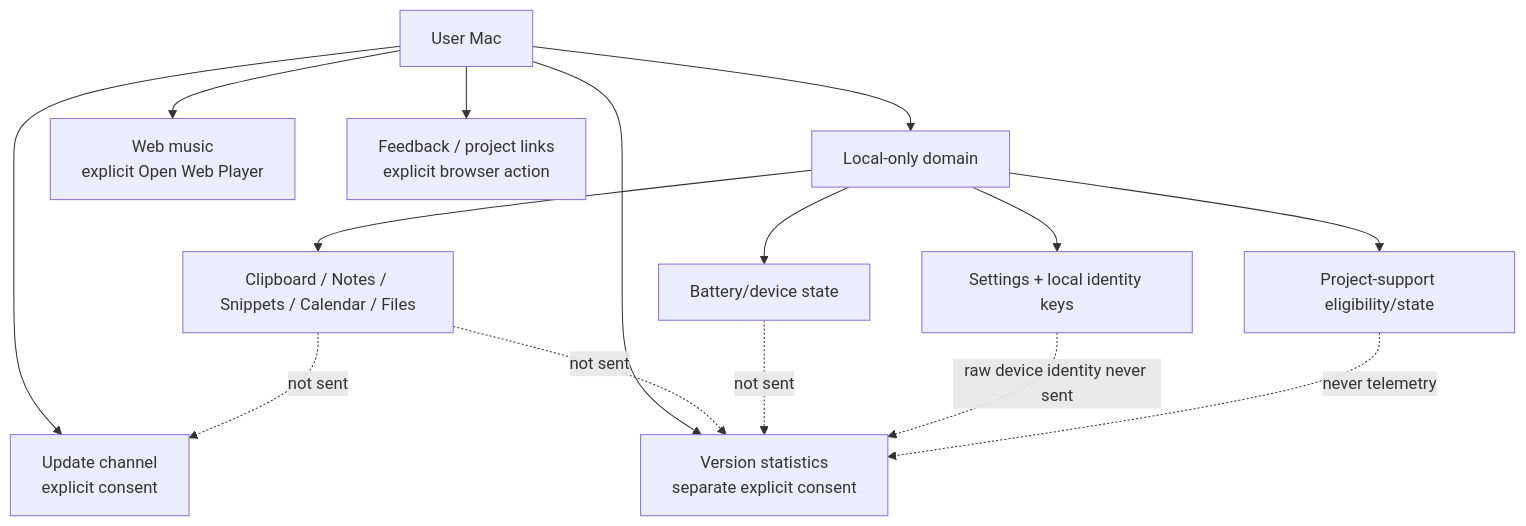
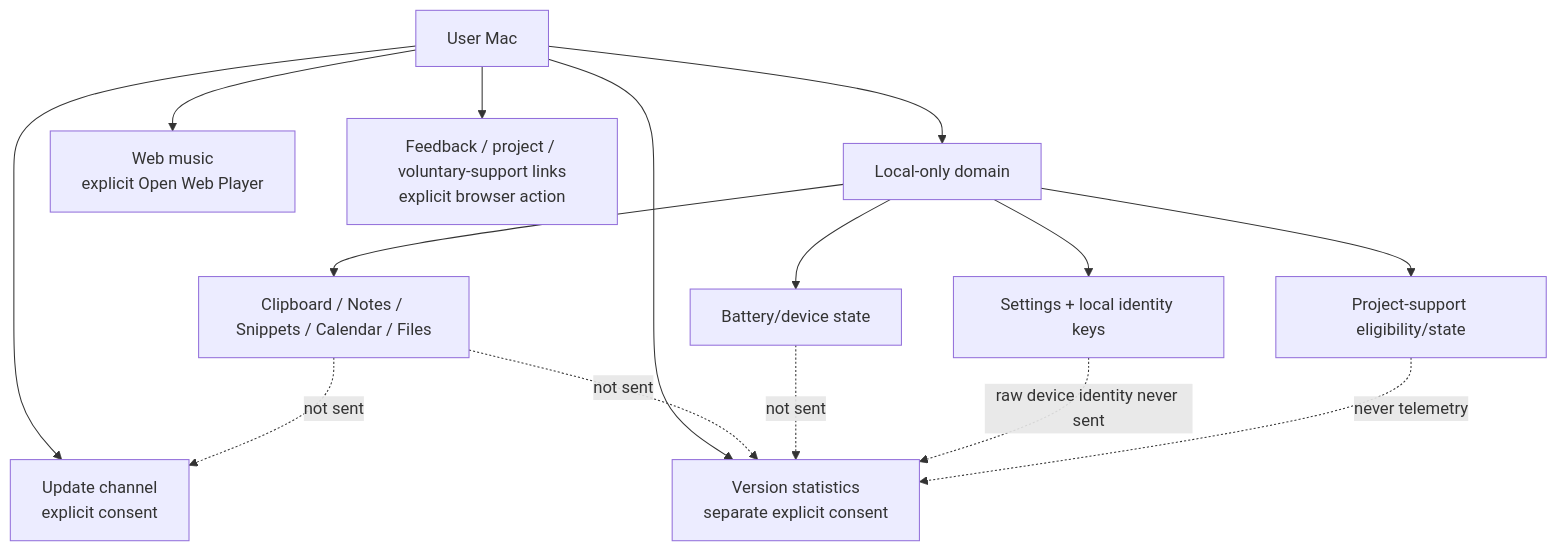
One commit to TumanovNV/impuls changed the diagram in knowledge-base/06-security/privacy-boundaries.md. Above: the diagram before and after it, drawn with Mermaid. The commit also changed other lines of this file and 46 other files, not shown here.

First line of the commit message:
1.4.16: Add voluntary project support links (IMP-33) (#118)

````diff
--- a/knowledge-base/06-security/privacy-boundaries.md
+++ b/knowledge-base/06-security/privacy-boundaries.md
@@ -15,19 +15,19 @@
 ```mermaid
 flowchart TD
     USER[User Mac] --> LOCAL[Local-only domain]
     LOCAL --> CONTENT[Clipboard / Notes / Snippets / Calendar / Files]
     LOCAL --> DEVICE[Battery/device state]
     LOCAL --> PREF[Settings + local identity keys]
     LOCAL --> SUPPORT[Project-support eligibility/state]
 
     USER --> N1[Update channel\nexplicit consent]
     USER --> N2[Web music\nexplicit Open Web Player]
     USER --> N3[Version statistics\nseparate explicit consent]
-    USER --> BROWSER[Feedback / project links\nexplicit browser action]
+    USER --> BROWSER[Feedback / project / voluntary-support links\nexplicit browser action]
 
     CONTENT -.not sent.-> N1
     CONTENT -.not sent.-> N3
     DEVICE -.not sent.-> N3
     PREF -.raw device identity never sent.-> N3
     SUPPORT -.never telemetry.-> N3
 ```
````
